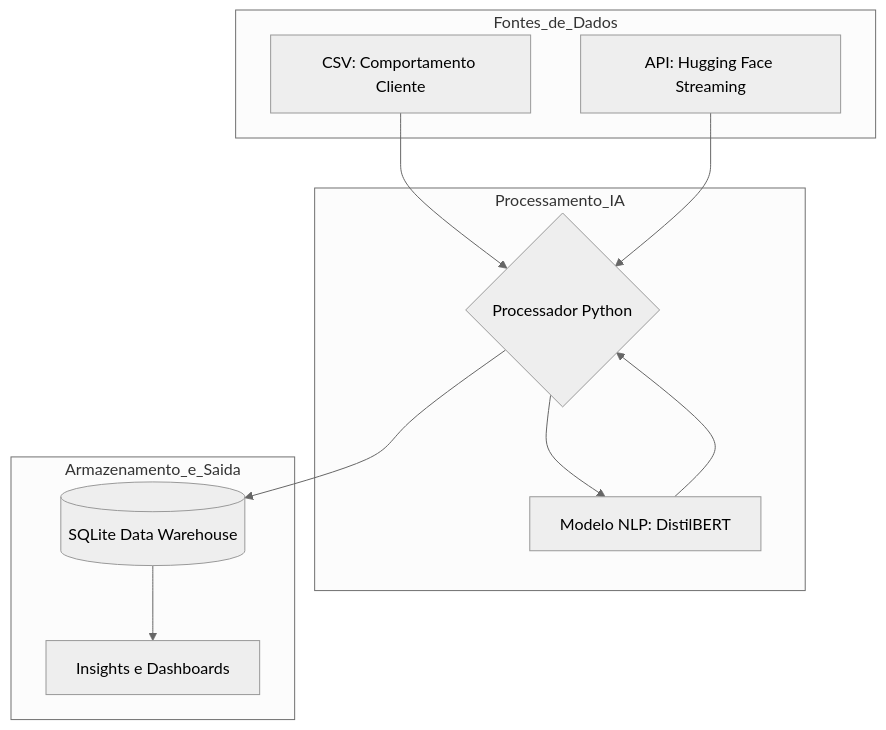
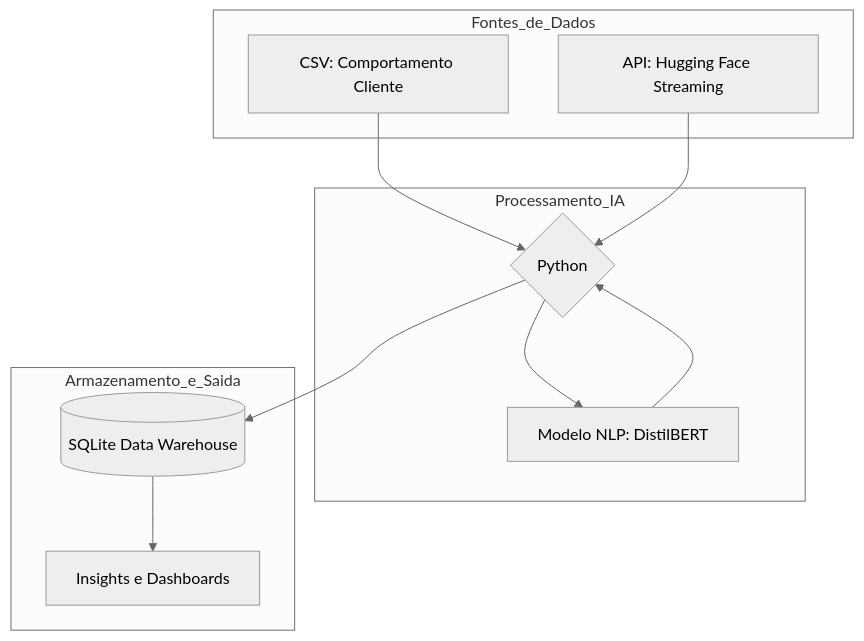
One commit to FilipaPereira-IA/Retail-Insight-Engine-AI-Powered-Customer-Profiling changed the diagram in README.md. Above: the diagram before and after it, drawn with Mermaid (neutral theme). The commit also changed other lines of this file, not shown here.

````diff
--- a/README.md
+++ b/README.md
@@ -11,24 +11,24 @@
 ```mermaid
 graph TD
     subgraph Fontes_de_Dados
         A[CSV: Comportamento Cliente]
         B[API: Hugging Face Streaming]
     end
 
     subgraph Processamento_IA
-        D{Processador Python}
+        D{Python}
         E[Modelo NLP: DistilBERT]
     end
 
     subgraph Armazenamento_e_Saida
         G[(SQLite Data Warehouse)]
         H[Insights e Dashboards]
     end
 
     A --> D
     B --> D
     D --> E
     E --> D
     D --> G
     G --> H
 ```
````
